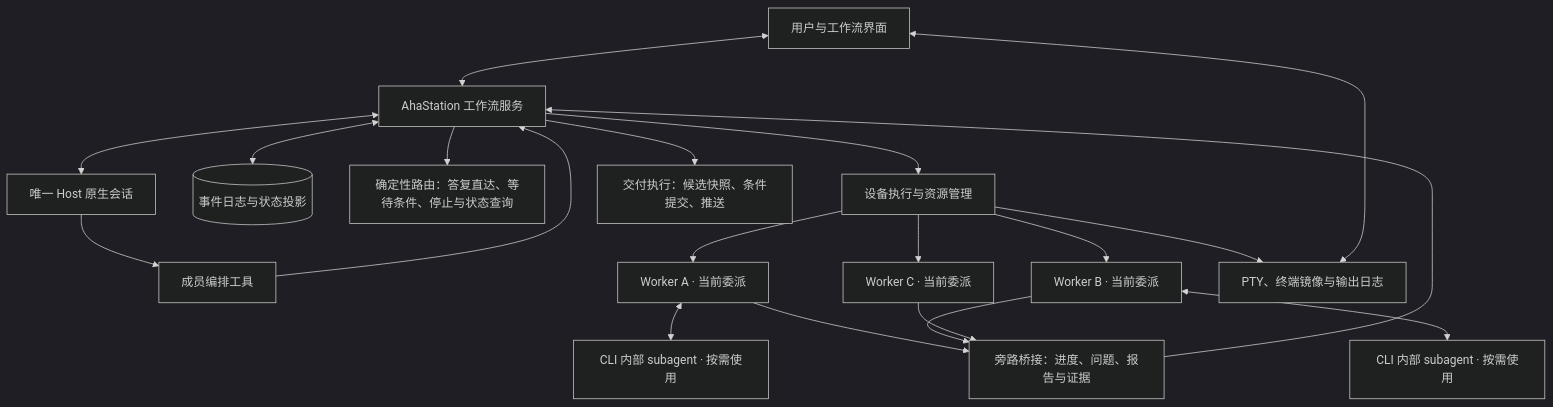
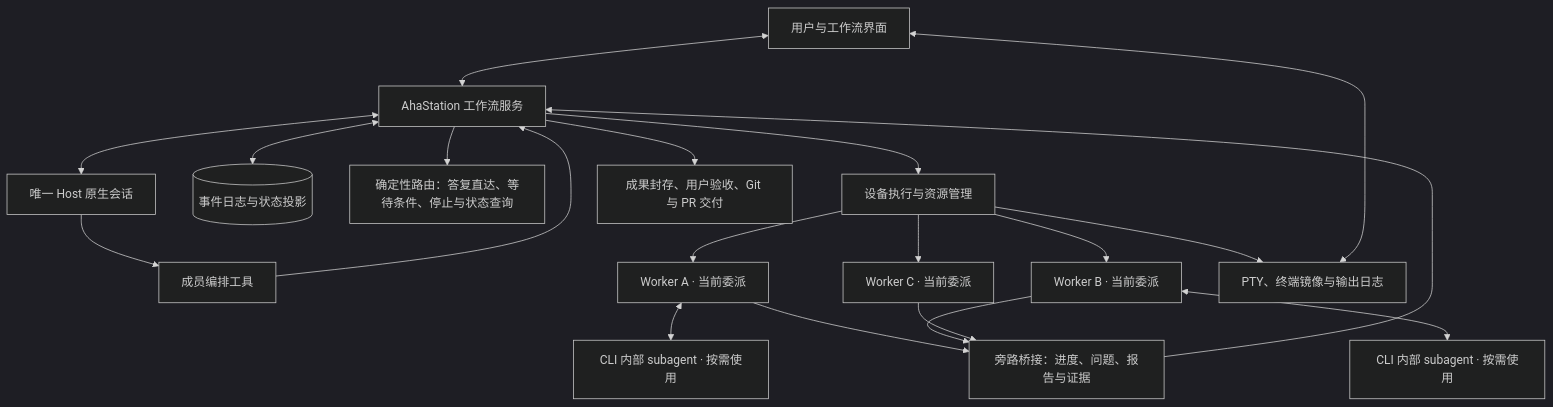
One commit to AhakeyAI/ahastation changed the diagram in docs/plans/2026-11-08-workflow-host-architecture.md. Above: the diagram before and after it, drawn with Mermaid (dark theme). The commit also changed other lines of this file and 7 other files, not shown here.

````diff
--- a/docs/plans/2026-11-08-workflow-host-architecture.md
+++ b/docs/plans/2026-11-08-workflow-host-architecture.md
@@ -48,22 +49,22 @@
 ```mermaid
 flowchart TB
   U[用户与工作流界面] <--> C[AhaStation 工作流服务]
   C <--> H[唯一 Host 原生会话]
   H --> T[成员编排工具]
   T --> C
   C <--> S[(事件日志与状态投影)]
   C --> D[确定性路由：答复直达、等待条件、停止与状态查询]
   C --> E[设备执行与资源管理]
-  C --> G[交付执行：候选快照、条件提交、推送]
+  C --> G[成果封存、用户验收、Git 与 PR 交付]
   E --> W1[Worker A · 当前委派]
   E --> W2[Worker B · 当前委派]
   E --> W3[Worker C · 当前委派]
   W1 <--> N1[CLI 内部 subagent · 按需使用]
   W2 <--> N2[CLI 内部 subagent · 按需使用]
   W1 --> B[旁路桥接：进度、问题、报告与证据]
   W2 --> B
   W3 --> B
   B --> C
   E --> P[PTY、终端镜像与输出日志]
   P <--> U
 ```
````
